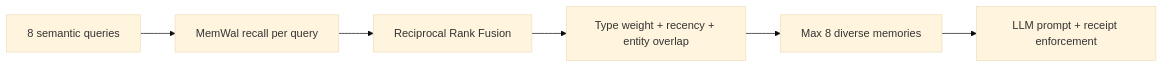
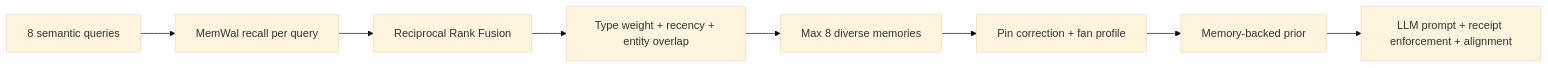
One commit to shery8595/Hool-Clone changed the diagram in docs/how-walrus-memory-is-used.md. Above: the diagram before and after it, drawn with Mermaid (base theme). The commit also changed other lines of this file and 27 other files, not shown here.

````diff
--- a/docs/how-walrus-memory-is-used.md
+++ b/docs/how-walrus-memory-is-used.md
@@ -147,8 +147,10 @@
 ```mermaid
 flowchart LR
   Q[8 semantic queries] --> Walrus[MemWal recall per query]
   Walrus --> RRF[Reciprocal Rank Fusion]
   RRF --> Rerank[Type weight + recency + entity overlap]
   Rerank --> Diversity[Max 8 diverse memories]
-  Diversity --> Prompt[LLM prompt + receipt enforcement]
+  Diversity --> Pin[Pin correction + fan profile]
+  Pin --> Prior[Memory-backed prior]
+  Prior --> Prompt[LLM prompt + receipt enforcement + alignment]
 ```
````
